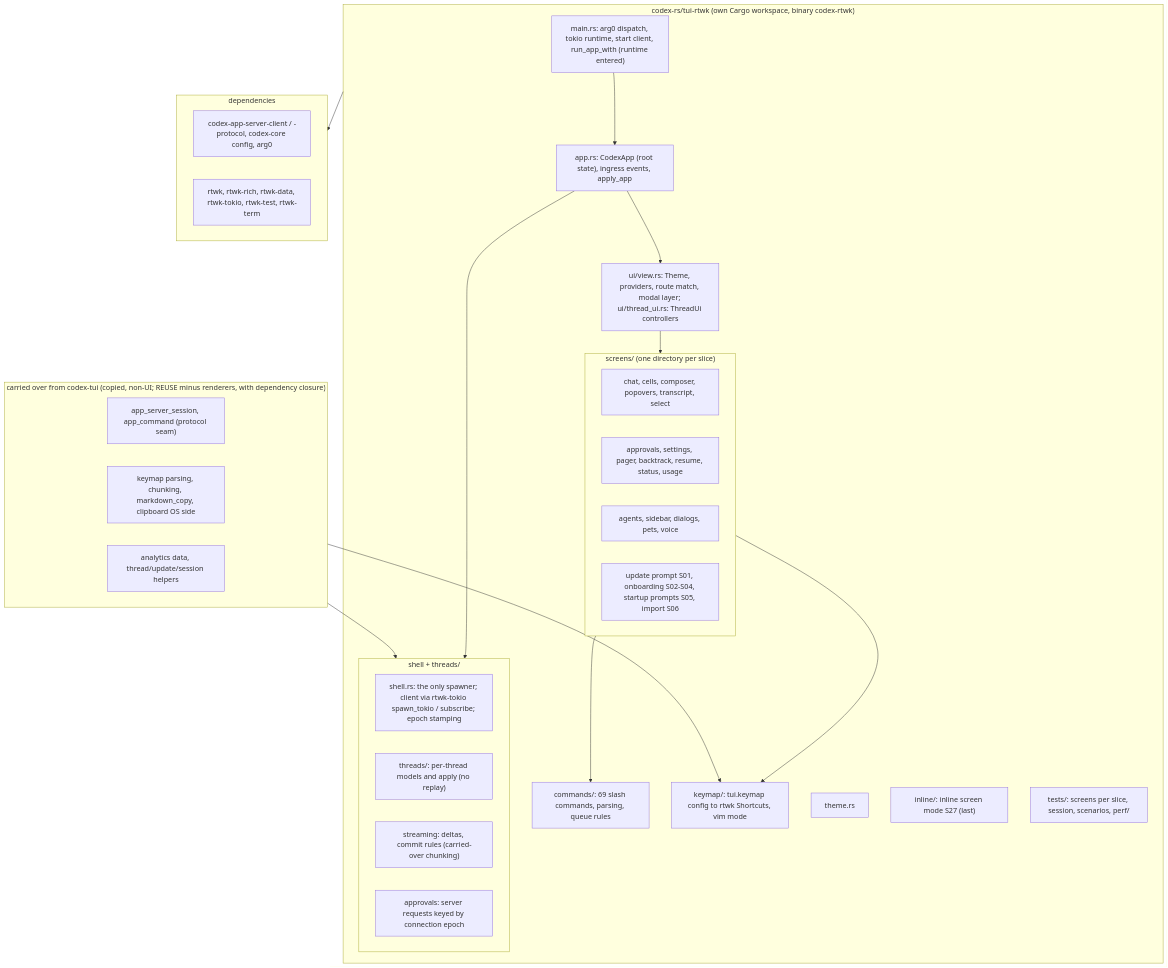
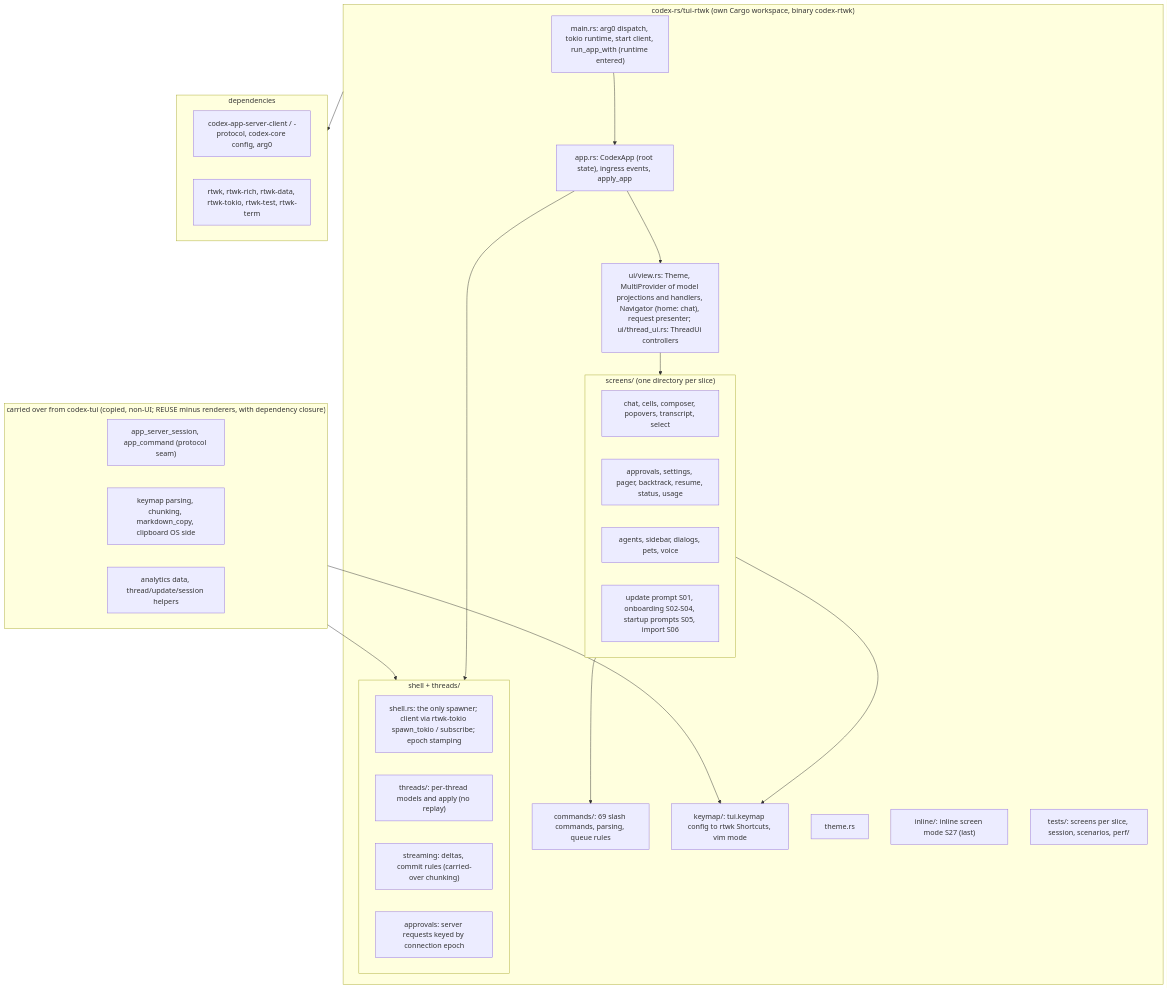
The third of 11 diagrams in docs/rtwk-port/design.md (Maryarty/CodexCLI), drawn with Mermaid before and after one commit. The commit also changed other lines of this file and 4 other files, not shown here.

````diff
--- a/docs/rtwk-port/design.md
+++ b/docs/rtwk-port/design.md
@@ -63,41 +64,41 @@
 ```mermaid
 flowchart TB
   subgraph crate["codex-rs/tui-rtwk (own Cargo workspace, binary codex-rtwk)"]
     main["main.rs: arg0 dispatch, tokio runtime, start client, run_app_with (runtime entered)"]
     app["app.rs: CodexApp (root state), ingress events, apply_app"]
     subgraph session["shell + threads/"]
       client["shell.rs: the only spawner; client via rtwk-tokio spawn_tokio / subscribe; epoch stamping"]
       threads["threads/: per-thread models and apply (no replay)"]
       stream["streaming: deltas, commit rules (carried-over chunking)"]
       appr["approvals: server requests keyed by connection epoch"]
     end
     commands["commands/: 69 slash commands, parsing, queue rules"]
     keymap["keymap/: tui.keymap config to rtwk Shortcuts, vim mode"]
     theme["theme.rs"]
-    root["ui/view.rs: Theme, providers, route match, modal layer; ui/thread_ui.rs: ThreadUi controllers"]
+    root["ui/view.rs: Theme, MultiProvider of model projections and handlers, Navigator (home: chat), request presenter; ui/thread_ui.rs: ThreadUi controllers"]
     subgraph screens["screens/ (one directory per slice)"]
       s1["chat, cells, composer, popovers, transcript, select"]
       s2["approvals, settings, pager, backtrack, resume, status, usage"]
       s3["agents, sidebar, dialogs, pets, voice"]
       s4["update prompt S01, onboarding S02-S04, startup prompts S05, import S06"]
     end
     inline["inline/: inline screen mode S27 (last)"]
     tests["tests/: screens per slice, session, scenarios, perf/"]
   end
   subgraph reuse["carried over from codex-tui (copied, non-UI; REUSE minus renderers, with dependency closure)"]
     c1["app_server_session, app_command (protocol seam)"]
     c2["keymap parsing, chunking, markdown_copy, clipboard OS side"]
     c3["analytics data, thread/update/session helpers"]
   end
   subgraph deps["dependencies"]
     d1["codex-app-server-client / -protocol, codex-core config, arg0"]
     d2["rtwk, rtwk-rich, rtwk-data, rtwk-tokio, rtwk-test, rtwk-term"]
   end
   reuse --> session
   reuse --> keymap
   main --> app --> root --> screens
   app --> session
   screens --> commands
   screens --> keymap
   crate --> deps
 ```
````
